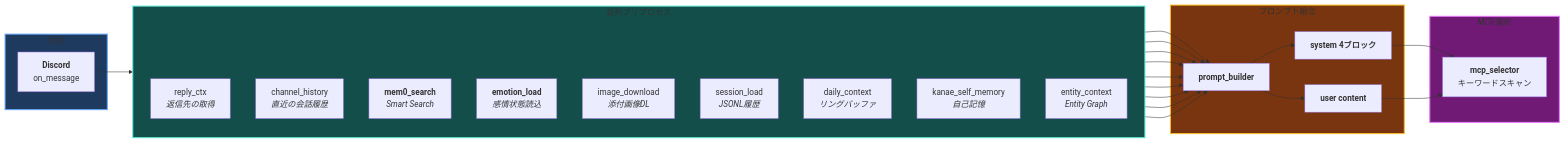
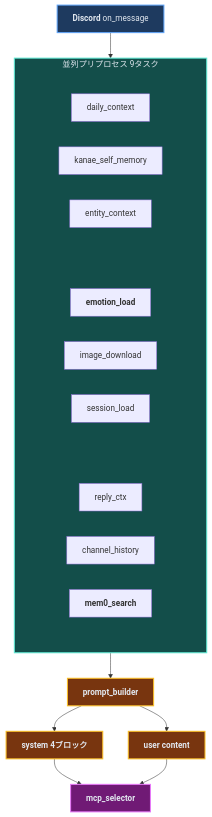
Before and after one commit to haroin57/haroin57.com: the second of 6 diagrams in content/products/discord-bot.md, drawn with Mermaid.

Commit message:
fix: Layer 2の並列プリプロセスを3x3グリッドに変更
9タスクを3列×3行のグリッド配置にし、全体をTBフローに変更。
ノードが中央寄せになるよう構造を改善。

````diff
--- a/content/products/discord-bot.md
+++ b/content/products/discord-bot.md
@@ -578,54 +578,44 @@
 ```mermaid
-flowchart LR
-    subgraph Receive["受信"]
-        MSG["`**Discord**
-        on_message`"]
+flowchart TB
+    MSG["`**Discord** on_message`"]:::input
+
+    subgraph Parallel["並列プリプロセス 9タスク"]
+        direction LR
+        subgraph Row1[" "]
+            direction LR
+            T1["`reply_ctx`"]
+            T2["`channel_history`"]
+            T3["`**mem0_search**`"]
+        end
+        subgraph Row2[" "]
+            direction LR
+            T4["`**emotion_load**`"]
+            T5["`image_download`"]
+            T6["`session_load`"]
+        end
+        subgraph Row3[" "]
+            direction LR
+            T7["`daily_context`"]
+            T8["`kanae_self_memory`"]
+            T9["`entity_context`"]
+        end
     end
 
-    subgraph Parallel["並列プリプロセス"]
-        direction TB
-        SPACER[" "]:::hidden
-        T1["`reply_ctx
-        *返信先の取得*`"]
-        T2["`channel_history
-        *直近の会話履歴*`"]
-        T3["`**mem0_search**
-        *Smart Search*`"]
-        T4["`**emotion_load**
-        *感情状態読込*`"]
-        T5["`image_download
-        *添付画像DL*`"]
-        T6["`session_load
-        *JSONL履歴*`"]
-        T7["`daily_context
-        *リングバッファ*`"]
-        T8["`kanae_self_memory
-        *自己記憶*`"]
-        T9["`entity_context
-        *Entity Graph*`"]
-    end
+    PB["`**prompt_builder**`"]:::build
+    SYS["`**system 4ブロック**`"]:::build
+    USER["`**user content**`"]:::build
+    MCPS["`**mcp_selector**`"]:::select
 
-    subgraph Build["プロンプト組立"]
-        PB["`**prompt_builder**`"]
-        SYS["`**system 4ブロック**`"]
-        USER["`**user content**`"]
-    end
-
-    subgraph Select["MCP選択"]
-        MCPS["`**mcp_selector**
-        キーワードスキャン`"]
-    end
-
-    classDef hidden fill:none,stroke:none,color:transparent
     MSG --> Parallel
-    SPACER ~~~ T1
-    T1 & T2 & T3 & T4 & T5 & T6 & T7 & T8 & T9 --> PB
-    PB --> SYS
-    PB --> USER
+    Parallel --> PB
+    PB --> SYS & USER
     SYS & USER --> MCPS
 
-    style Receive fill:#1e3a5f,stroke:#60a5fa,stroke-width:2px
-    style Parallel fill:#134e4a,stroke:#5eead4,stroke-width:2px
-    style Build fill:#78350f,stroke:#fbbf24,stroke-width:2px
-    style Select fill:#701a75,stroke:#e879f9,stroke-width:2px
+    classDef input fill:#1e3a5f,stroke:#60a5fa,stroke-width:2px,color:#e2e8f0
+    classDef build fill:#78350f,stroke:#fbbf24,stroke-width:2px,color:#e2e8f0
+    classDef select fill:#701a75,stroke:#e879f9,stroke-width:2px,color:#e2e8f0
+    style Parallel fill:#134e4a,stroke:#5eead4,stroke-width:2px,color:#e2e8f0
+    style Row1 fill:none,stroke:none
+    style Row2 fill:none,stroke:none
+    style Row3 fill:none,stroke:none
 ```
````
